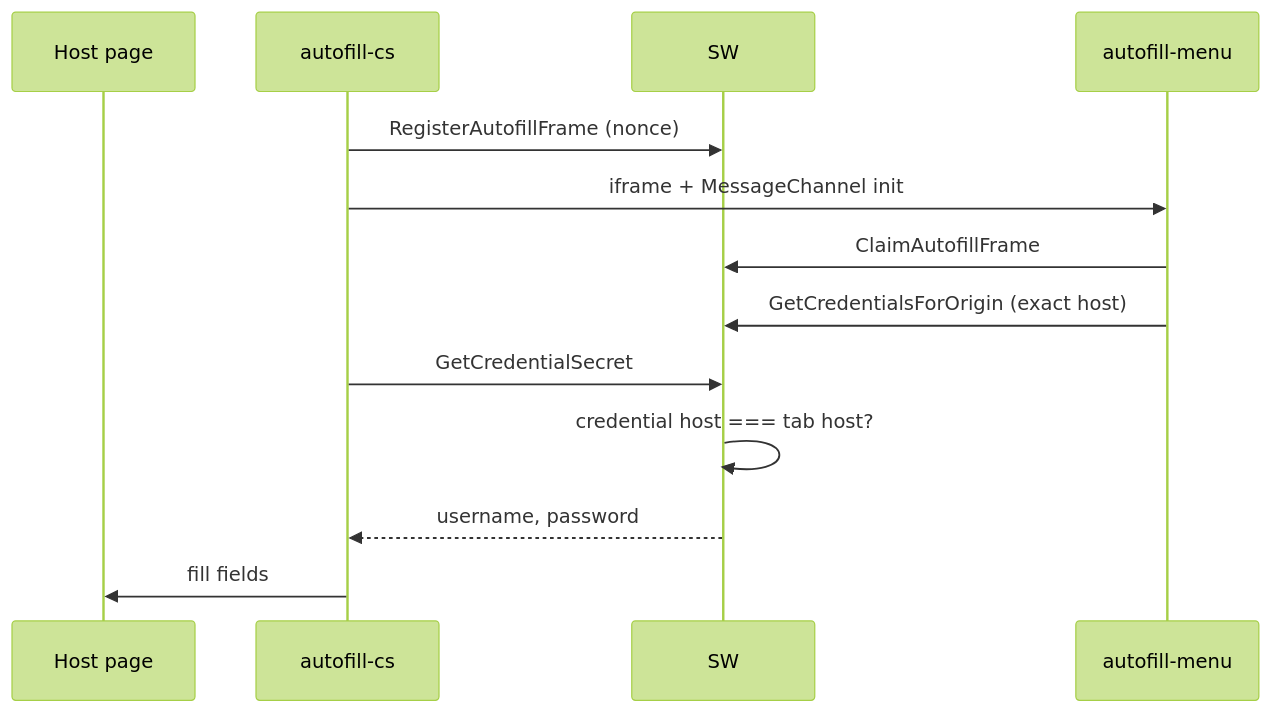
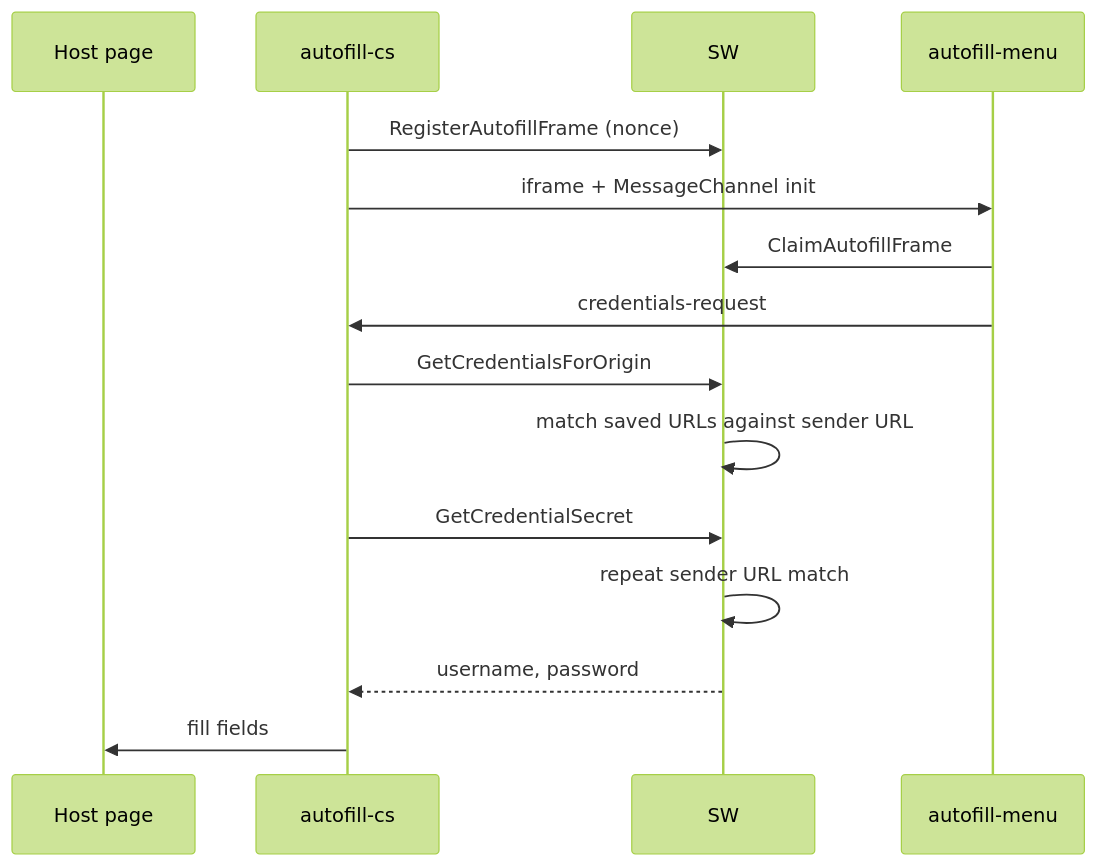
The third of 4 diagrams in extension/docs/threat-model.md (CryptexIndustries/vault-web), drawn with Mermaid (forest theme) before and after one commit. The commit also changed other lines of this file and 37 other files, not shown here.

Commit message:
feat(web,ext): credentials can now store multiple URLs, rewrote browser extension URL matching

````diff
--- a/extension/docs/threat-model.md
+++ b/extension/docs/threat-model.md
@@ -253,16 +254,18 @@
 ```mermaid
 sequenceDiagram
     participant Page as Host page
     participant CS as autofill-cs
     participant SW
     participant Menu as autofill-menu
 
     CS->>SW: RegisterAutofillFrame (nonce)
     CS->>Menu: iframe + MessageChannel init
     Menu->>SW: ClaimAutofillFrame
-    Menu->>SW: GetCredentialsForOrigin (exact host)
+    Menu->>CS: credentials-request
+    CS->>SW: GetCredentialsForOrigin
+    SW->>SW: match saved URLs against sender URL
     CS->>SW: GetCredentialSecret
-    SW->>SW: credential host === tab host?
+    SW->>SW: repeat sender URL match
     SW-->>CS: username, password
     CS->>Page: fill fields
 ```
````
